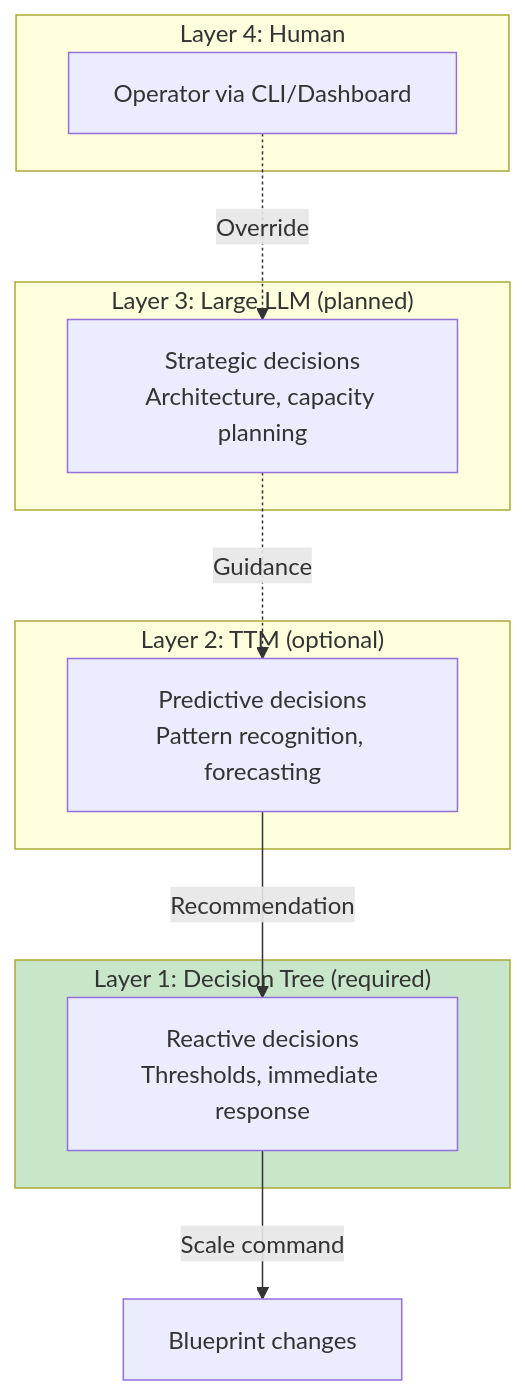
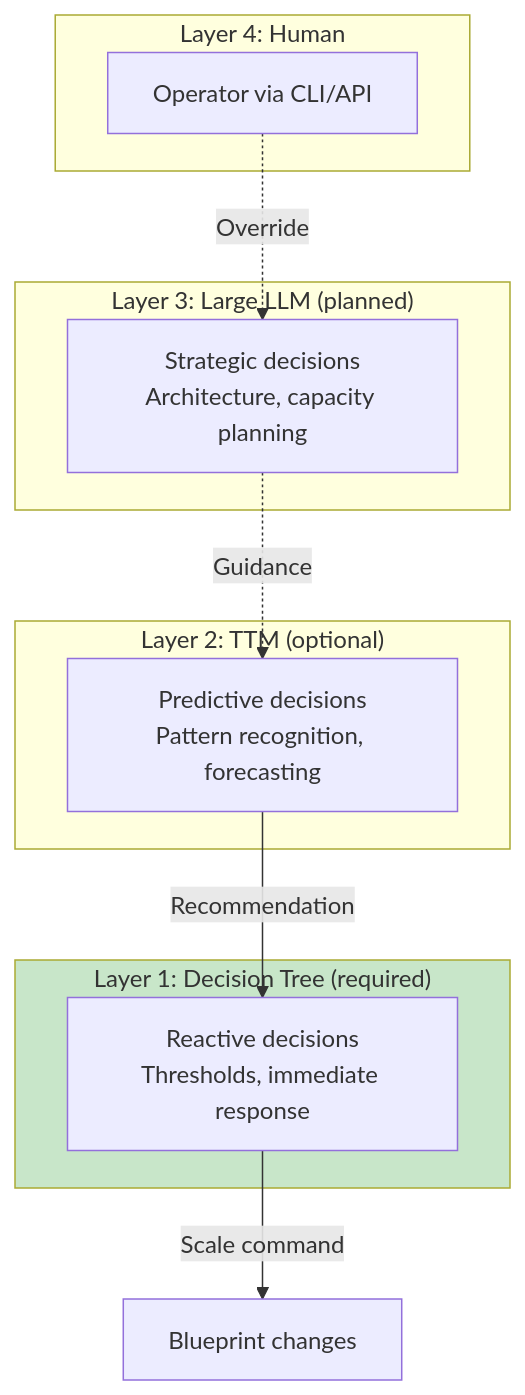
One commit to pragmaticalabs/pragmatica changed the fifth of 5 diagrams in aether/docs/architecture/08-scaling.md. Above: the diagram before and after it, drawn with Mermaid. The commit also changed 141 other files, not shown here.

````diff
--- a/aether/docs/architecture/08-scaling.md
+++ b/aether/docs/architecture/08-scaling.md
@@ -193,25 +193,25 @@
 ```mermaid
 graph TB
     subgraph L4["Layer 4: Human"]
-        User["Operator via CLI/Dashboard"]
+        User["Operator via CLI/API"]
     end
 
     subgraph L3["Layer 3: Large LLM (planned)"]
         LLM["Strategic decisions<br/>Architecture, capacity planning"]
     end
 
     subgraph L2["Layer 2: TTM (optional)"]
         TTM2["Predictive decisions<br/>Pattern recognition, forecasting"]
     end
 
     subgraph L1["Layer 1: Decision Tree (required)"]
         DT["Reactive decisions<br/>Thresholds, immediate response"]
     end
 
     User -.->|"Override"| LLM
     LLM -.->|"Guidance"| TTM2
     TTM2 -->|"Recommendation"| DT
     DT -->|"Scale command"| Cluster["Blueprint changes"]
 
     style L1 fill:#c8e6c9
 ```
````
